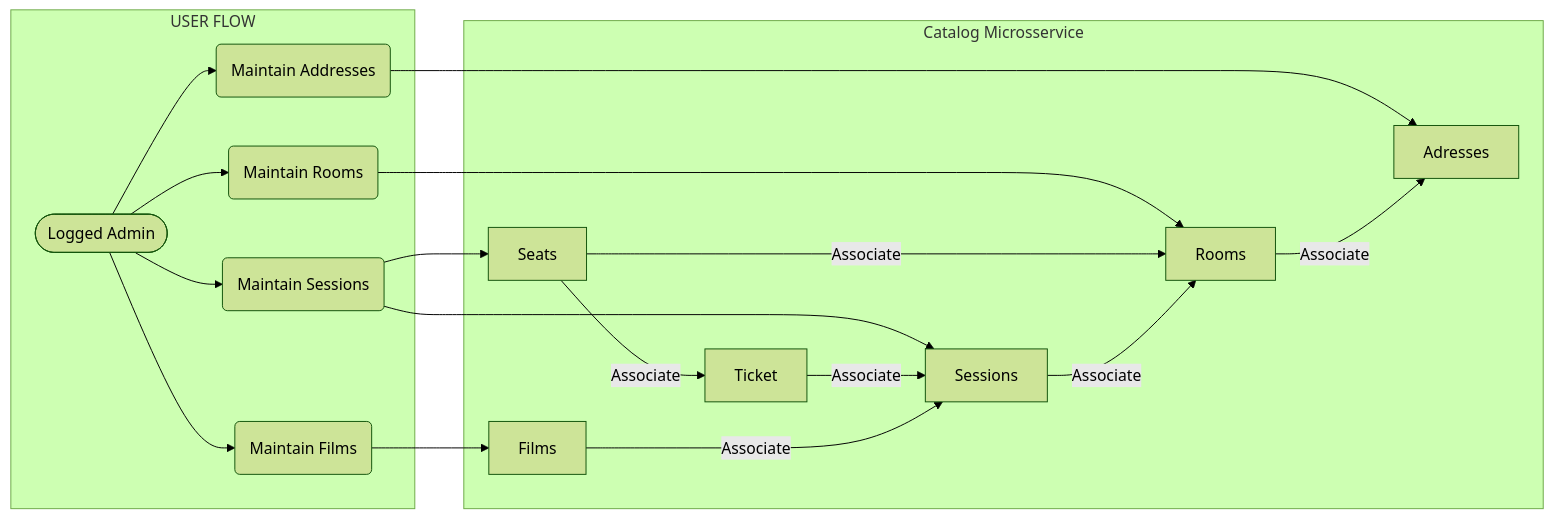
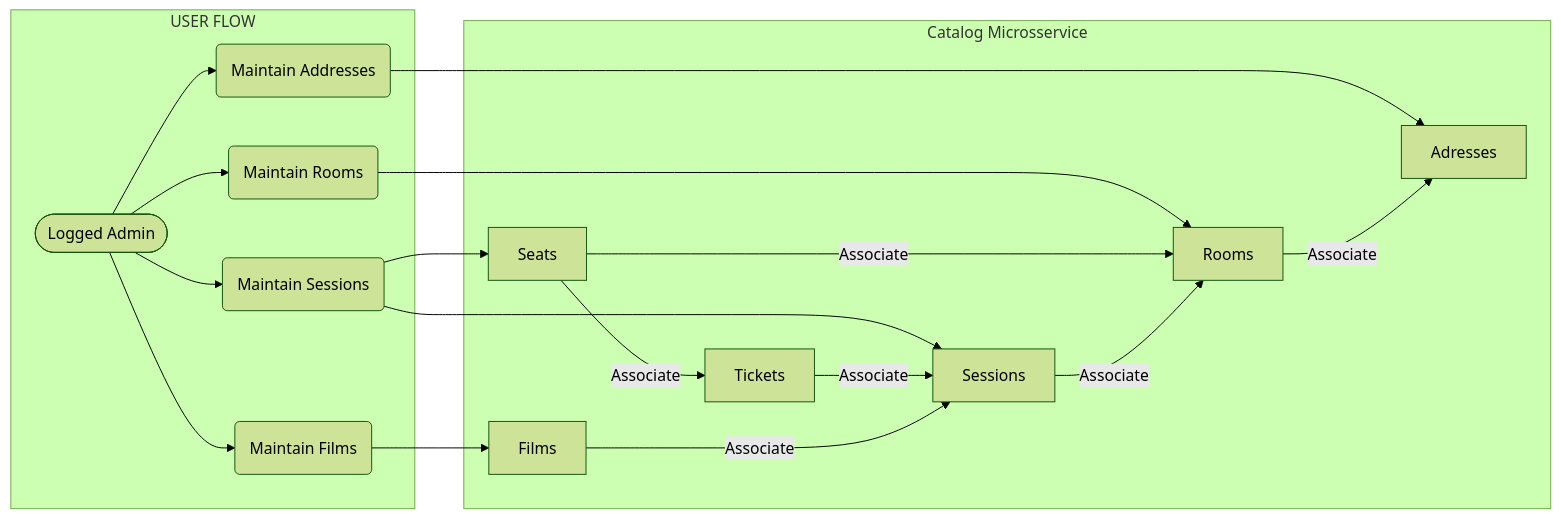
The first of 2 diagrams in README.md (jtonynet/cine-catalogo), drawn with Mermaid (forest theme) before and after one commit. The commit also changed other lines of this file, not shown here.

Commit message:
fix: readme diagrams and some text

````diff
--- a/README.md
+++ b/README.md
@@ -105,27 +105,27 @@
 ```mermaid
 graph LR
   subgraph USER FLOW
     F([Logged Admin])
     F --> MAD(Maintain Addresses)
     F --> MFI(Maintain Films)
     F --> MSE(Maintain Sessions)
     F --> MRO(Maintain Rooms)
   end
 
   subgraph Catalog Microsservice
-    TIC[Ticket]
+    TIC[Tickets]
     MFI --> FIL[Films]
     MRO --> ROO[Rooms]
     MSE --> SEA[Seats]
     MAD --> ADR[Adresses]
     MSE --> SES[Sessions]
   end
 
   %% Create associations between steps
     TIC -->|Associate| SES
     SEA -->|Associate| TIC
     SEA -->|Associate| ROO
     ROO -->|Associate| ADR
     FIL -->|Associate| SES
     SES -->|Associate| ROO
 ```
````
